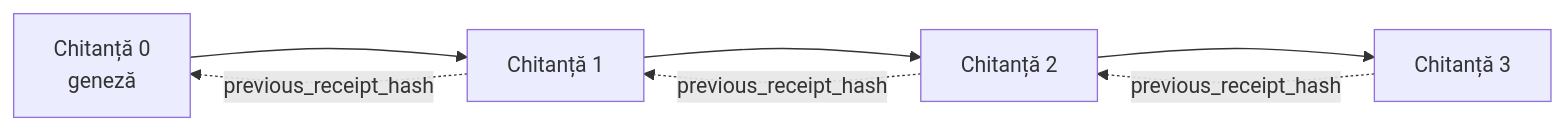
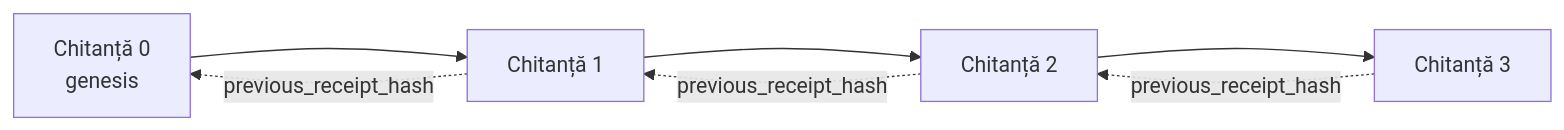
Before and after one commit to microsoft/ai-agents-for-beginners: the second of 2 diagrams in translations/ro/18-securing-ai-agents/README.md, drawn with Mermaid. The commit also changed other lines of this file and 93 other files, not shown here.

````diff
--- a/translations/ro/18-securing-ai-agents/README.md
+++ b/translations/ro/18-securing-ai-agents/README.md
@@ -206,9 +206,9 @@
 ```mermaid
 flowchart LR
-    R0[Chitanță 0<br/>geneză] --> R1[Chitanță 1]
+    R0[Chitanță 0<br/>genesis] --> R1[Chitanță 1]
     R1 --> R2[Chitanță 2]
     R2 --> R3[Chitanță 3]
     R1 -. previous_receipt_hash .-> R0
     R2 -. previous_receipt_hash .-> R1
     R3 -. previous_receipt_hash .-> R2
 ```
````
